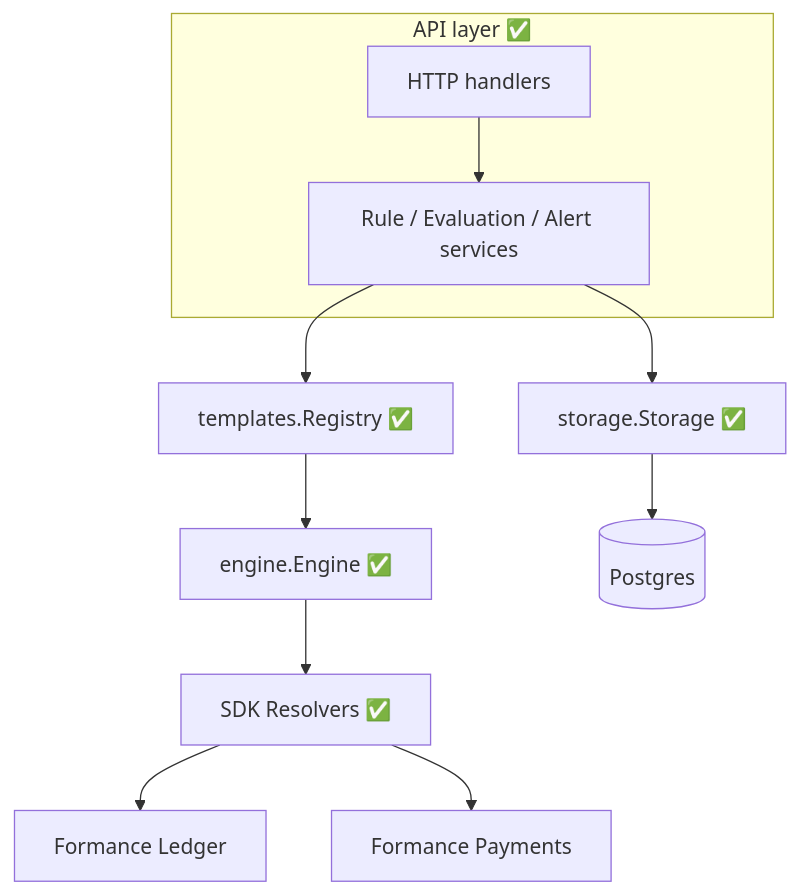
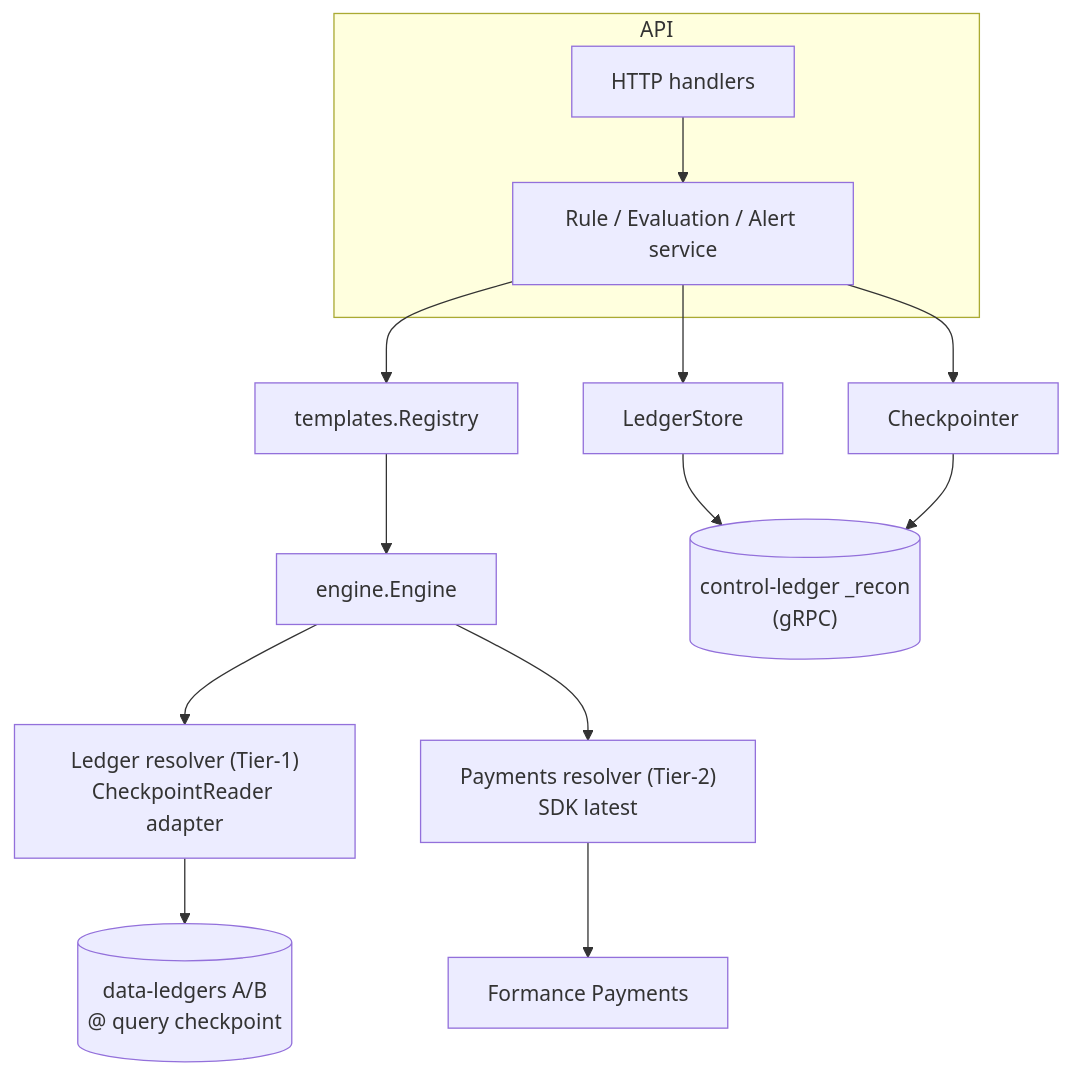
One commit to formancehq/reconciliation changed the first of 3 diagrams in docs/technical/architecture.md. Above: the diagram before and after it, drawn with Mermaid. The commit also changed other lines of this file and 10 other files, not shown here.

````diff
--- a/docs/technical/architecture.md
+++ b/docs/technical/architecture.md
@@ -43,13 +45,16 @@
 ```mermaid
 flowchart TB
-    subgraph "API layer ✅"
-        HTTP[HTTP handlers] --> Svc[Rule / Evaluation / Alert services]
+    subgraph API
+        HTTP[HTTP handlers] --> Svc[Rule / Evaluation / Alert service]
     end
-    Svc --> Reg[templates.Registry ✅]
-    Svc --> Store[storage.Storage ✅]
-    Reg --> Eng[engine.Engine ✅]
-    Eng --> Res[SDK Resolvers ✅]
-    Res --> Ledger[Formance Ledger]
-    Res --> Payments[Formance Payments]
-    Store --> PG[(Postgres)]
+    Svc --> Reg[templates.Registry]
+    Svc --> Store[LedgerStore]
+    Svc --> CP[Checkpointer]
+    Reg --> Eng[engine.Engine]
+    Eng --> LR["Ledger resolver (Tier-1)<br/>CheckpointReader adapter"]
+    Eng --> PR["Payments resolver (Tier-2)<br/>SDK latest"]
+    Store --> Recon[("control-ledger _recon<br/>(gRPC)")]
+    CP --> Recon
+    LR --> Data[("data-ledgers A/B<br/>@ query checkpoint")]
+    PR --> Payments[Formance Payments]
 ```
````
